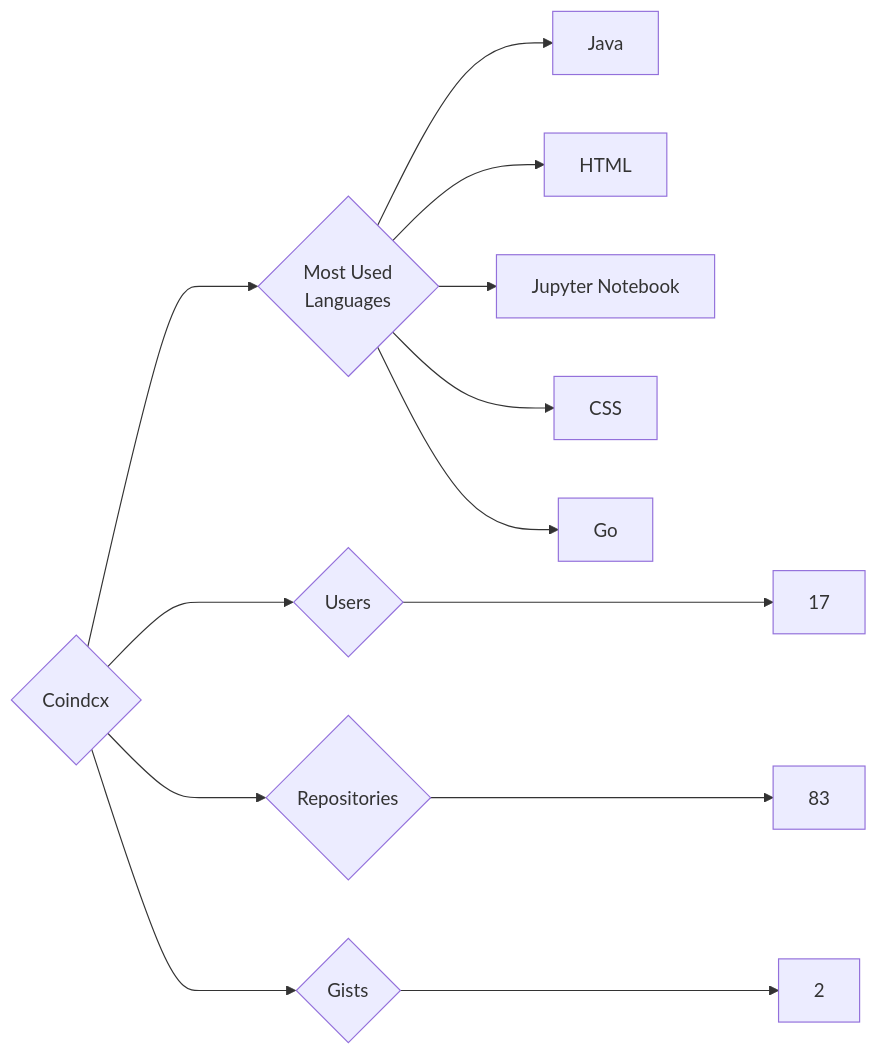
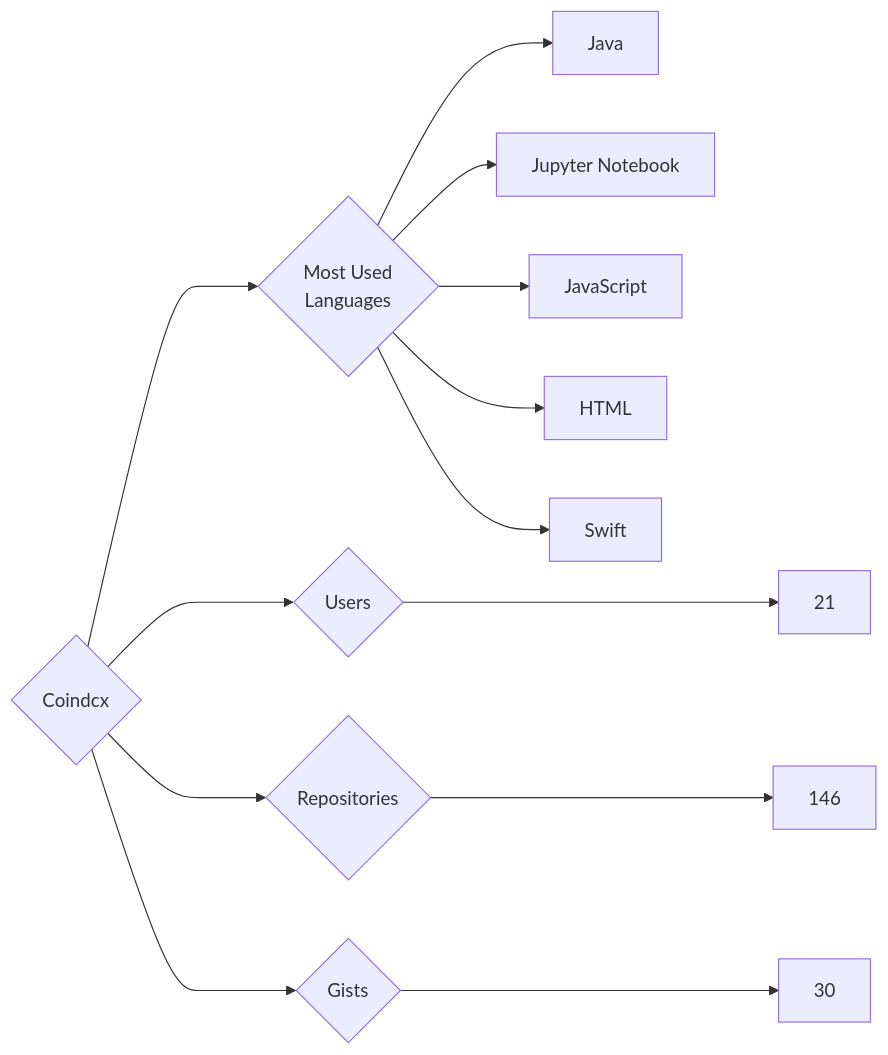
The diagram in targets/Coindcx/README.md (trickest/insiders), drawn with Mermaid before and after one commit. The commit also changed 847 other files, not shown here.

````diff
--- a/targets/Coindcx/README.md
+++ b/targets/Coindcx/README.md
@@ -3,13 +3,13 @@
 ```mermaid
 graph LR
 COMPANY_NAME{Coindcx}
-COMPANY_NAME ---> U{Users} ---> UN[17]
-COMPANY_NAME ---> R{Repositories} ---> RN[83]
-COMPANY_NAME ---> G{Gists} ---> GN[2]
+COMPANY_NAME ---> U{Users} ---> UN[21]
+COMPANY_NAME ---> R{Repositories} ---> RN[146]
+COMPANY_NAME ---> G{Gists} ---> GN[30]
 COMPANY_NAME ---> ML{Most Used<br>Languages}
 ML --> Java[Java]
+ML --> Jupyter_Notebook[Jupyter Notebook]
+ML --> JavaScript[JavaScript]
 ML --> HTML[HTML]
-ML --> Jupyter_Notebook[Jupyter Notebook]
-ML --> CSS[CSS]
-ML --> Go[Go]
+ML --> Swift[Swift]
 ```
````
